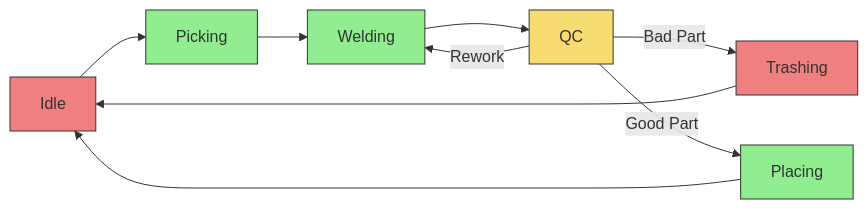
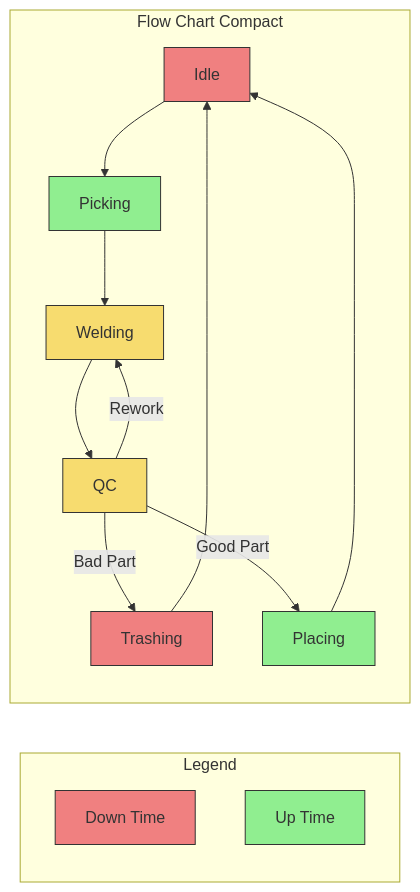
One commit to claret-srl/ROMANTIG changed the diagram in DEV/mermaid/readme.md. Above: the diagram before and after it, drawn with Mermaid.

````diff
--- a/DEV/mermaid/readme.md
+++ b/DEV/mermaid/readme.md
@@ -1,15 +1,23 @@
 ```mermaid
 flowchart LR
+    subgraph Legend
+    downTime[Down Time]
+    upTime[Up Time]
+    end
+    
+    subgraph Flow Chart Compact
     Idle --> Picking --> Welding --> QC
     QC -- Rework --> Welding
     QC -- Bad Part --> Trashing --> Idle
     QC -- Good Part --> Placing --> Idle
+    end
+
 
 classDef upTime fill:lightgreen,stroke:#333,color:#333
 classDef downTime fill:LightCoral,stroke:#333,color:#333
 classDef upDownTime fill:#f7dc6f,stroke:#333,color:#333
 
-class Picking,Welding,Placing upTime
-class Idle,Trashing,Rework downTime
-class QC upDownTime
+class Picking,Placing,upTime upTime
+class Idle,Trashing,Rework,downTime downTime
+class QC,Welding upDownTime
 ```
````
